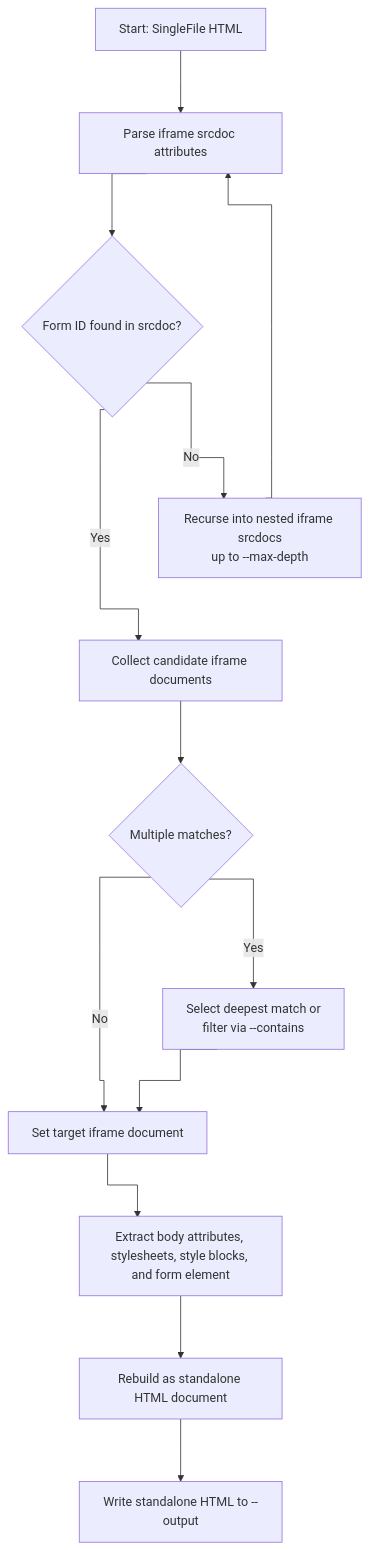
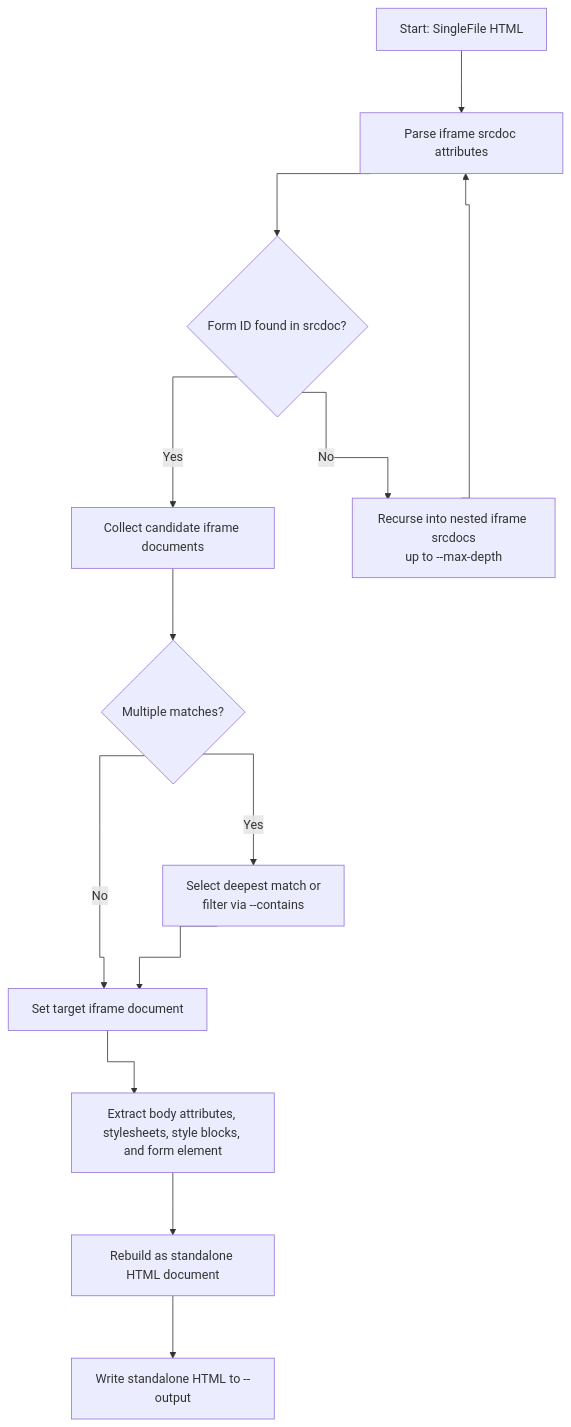
One commit to maxzz/singlefile-extractor-go changed the first of 2 diagrams in README.md. Above: the diagram before and after it, drawn with Mermaid. The commit also changed other lines of this file, not shown here.

Commit message:
WIP. README.md diagrams. 6. adjust horizontal alignment

````diff
--- a/README.md
+++ b/README.md
@@ -248,36 +248,36 @@
 ```mermaid
-%%{ init: { 'flowchart': { 'curve': 'stepAfter', 'nodeSpacing': 100, 'rankSpacing': 80 } } }%%
+%%{ init: { 'flowchart': { 'curve': 'stepAfter', 'nodeSpacing': 100, 'rankSpacing': 80 }, 'useMaxWidth': false } }%%
 flowchart TD
     %% Node Definitions
     A["Start: SingleFile HTML"]
     B["Parse iframe srcdoc attributes"]
     C{"Form ID found in srcdoc?"}
     D["Recurse into nested iframe srcdocs<br>up to --max-depth"]
     E["Collect candidate iframe documents"]
     F{"Multiple matches?"}
     G["Select deepest match or<br>filter via --contains"]
     H["Set target iframe document"]
     I["Extract body attributes, stylesheets, style blocks, and form element"]
     J["Rebuild as standalone HTML document"]
     K["Write standalone HTML to --output"]
 
     %% Direct vertical alignment for Main flow
     A --> B
     B --> C
     C -->|Yes| E
     E --> F
     F -->|No| H
     H --> I
     I --> J
     J --> K
 
     %% Lateral branches (out of corners horizontally)
     C -->|No| D
     D --> B
     F -->|Yes| G
     G --> H
 
-    %% Invisible alignment links to force vertical stacking
-    D ~~~ E
+    %% Invisible alignment links to force vertical/horizontal stacking
+    C ~~~ D
     G ~~~ I
 ```
````
